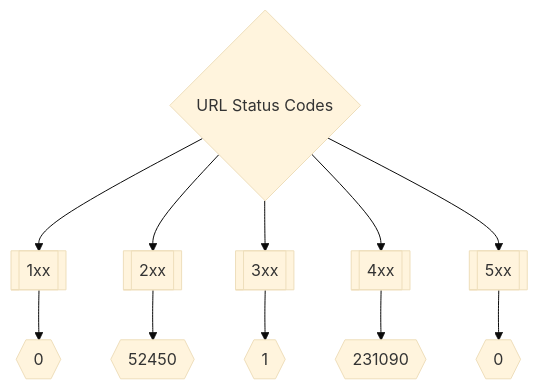
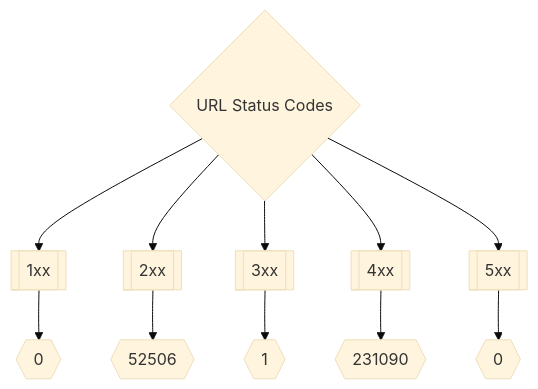
The second of 3 diagrams in README.md (trickest/inventory), drawn with Mermaid (base theme) before and after one commit. The commit also changed other lines of this file and 10 other files, not shown here.

````diff
--- a/README.md
+++ b/README.md
@@ -173,8 +173,8 @@
 ```mermaid
 graph TD
 title{URL Status Codes} --> 1xx[[1xx]] --> status1xxNum{{0}}
-title --> 2xx[[2xx]] --> status2xxNum{{52450}}
+title --> 2xx[[2xx]] --> status2xxNum{{52506}}
 title --> 3xx[[3xx]] --> status3xxNum{{1}}
 title --> 4xx[[4xx]] --> status4xxNum{{231090}}
 title --> 5xx[[5xx]] --> status5xxNum{{0}}
 ```
````
